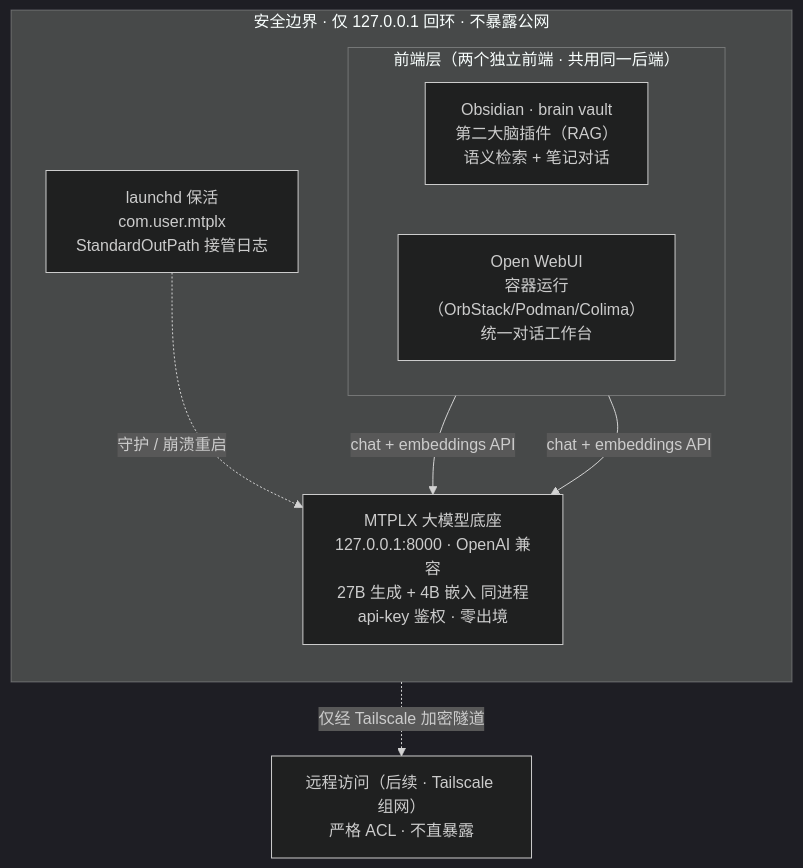
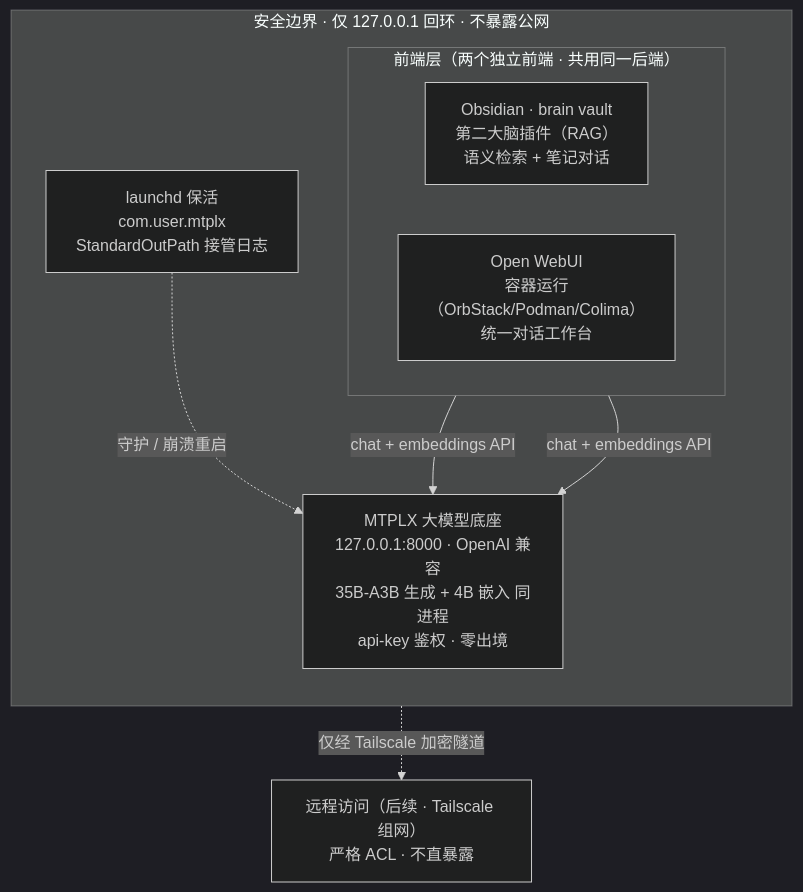
One commit to aiedwardai/AstraX changed the diagram in docs/archive/02-AI实验室部署/AI实验室部署设计与安全审计.md. Above: the diagram before and after it, drawn with Mermaid (dark theme). The commit also changed other lines of this file and 10 other files, not shown here.

````diff
--- a/docs/archive/02-AI实验室部署/AI实验室部署设计与安全审计.md
+++ b/docs/archive/02-AI实验室部署/AI实验室部署设计与安全审计.md
@@ -10,18 +10,18 @@
 ```mermaid
 flowchart TB
     subgraph EDGE["安全边界 · 仅 127.0.0.1 回环 · 不暴露公网"]
         direction TB
-        MTPLX["MTPLX 大模型底座<br/>127.0.0.1:8000 · OpenAI 兼容<br/>27B 生成 + 4B 嵌入 同进程<br/>api-key 鉴权 · 零出境"]
+        MTPLX["MTPLX 大模型底座<br/>127.0.0.1:8000 · OpenAI 兼容<br/>35B-A3B 生成 + 4B 嵌入 同进程<br/>api-key 鉴权 · 零出境"]
         subgraph FE["前端层（两个独立前端 · 共用同一后端）"]
             direction LR
             OBS["Obsidian · brain vault<br/>第二大脑插件（RAG）<br/>语义检索 + 笔记对话"]
             OWU["Open WebUI<br/>容器运行（OrbStack/Podman/Colima）<br/>统一对话工作台"]
         end
         PERSIST["launchd 保活<br/>com.user.mtplx<br/>StandardOutPath 接管日志"]
     end
     REMOTE["远程访问（后续 · Tailscale 组网）<br/>严格 ACL · 不直暴露"]
     EDGE -. 仅经 Tailscale 加密隧道 .-> REMOTE
     OBS -->|chat + embeddings API| MTPLX
     OWU -->|chat + embeddings API| MTPLX
     PERSIST -. 守护 / 崩溃重启 .-> MTPLX
 ```
````
